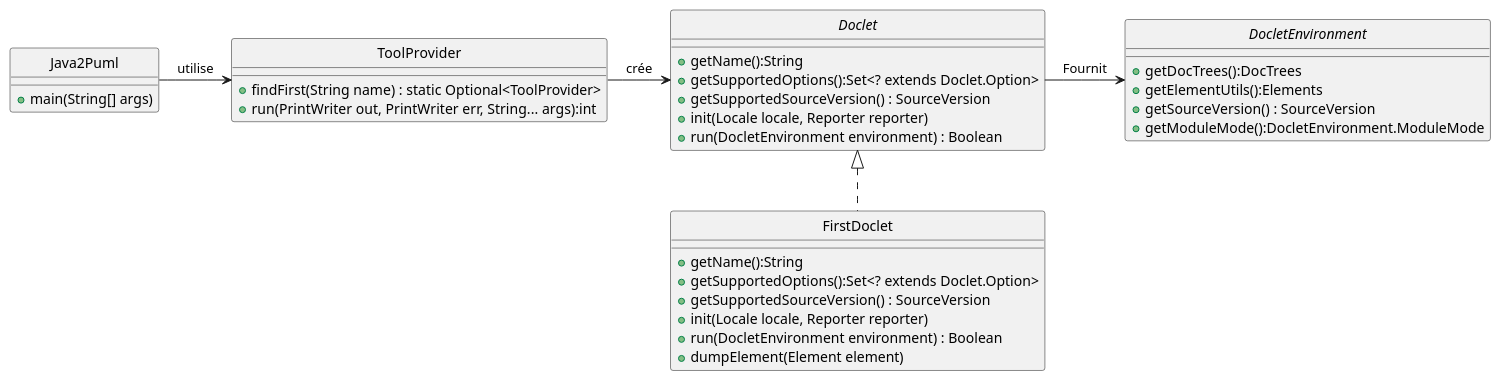
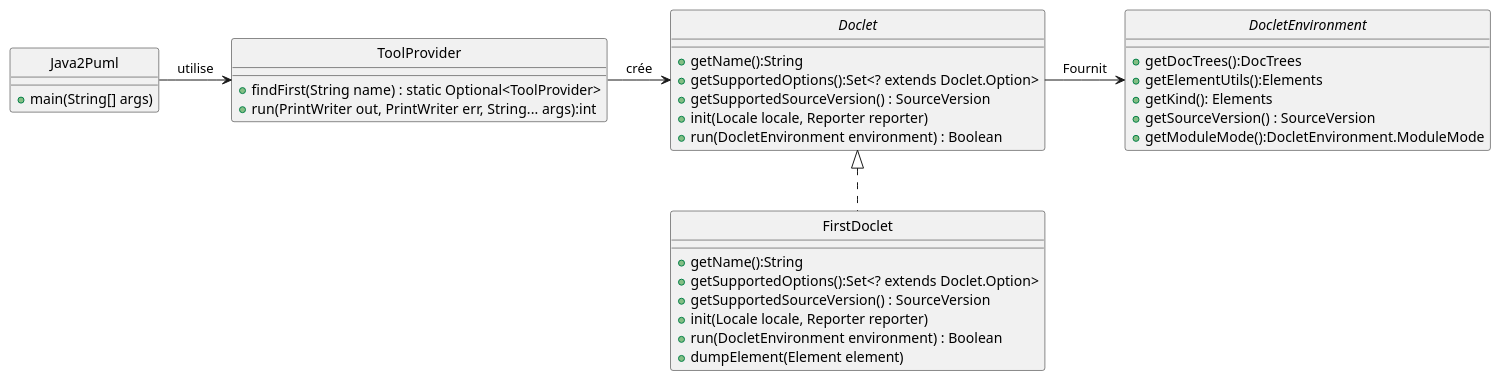
One commit to raphelSct/PUMLFromJavaAPI changed the diagram in uml/DCC_Doclet.puml. Above: the diagram before and after it, drawn with PlantUML. The commit also changed 3 other files, not shown here.

```diff
--- a/uml/DCC_Doclet.puml
+++ b/uml/DCC_Doclet.puml
@@ -1,41 +1,42 @@
 @startuml
 'https://plantuml.com/class-diagram
 
 skinparam style strictuml
 
 
 class ToolProvider {
     + findFirst(String name) : static Optional<ToolProvider>
     + run(PrintWriter out, PrintWriter err, String... args):int
 }
 interface DocletEnvironment{
     +getDocTrees():DocTrees
     +getElementUtils():Elements
+    +getKind(): Elements
     +getSourceVersion() : SourceVersion
     +getModuleMode():DocletEnvironment.ModuleMode
 }
 interface Doclet {
     + getName():String
     + getSupportedOptions():Set<? extends Doclet.Option>
     + getSupportedSourceVersion() : SourceVersion
     + init(Locale locale, Reporter reporter)
     + run(DocletEnvironment environment) : Boolean
 }
 class FirstDoclet implements Doclet{
     + getName():String
     + getSupportedOptions():Set<? extends Doclet.Option>
     + getSupportedSourceVersion() : SourceVersion
     + init(Locale locale, Reporter reporter)
     + run(DocletEnvironment environment) : Boolean
     +dumpElement(Element element)
 
 }
 class Java2Puml{
     + main(String[] args)
 }
 Java2Puml -> ToolProvider :  utilise
 ToolProvider -> Doclet :  crée
 Doclet -> DocletEnvironment :  Fournit
 
 
 @enduml
```
